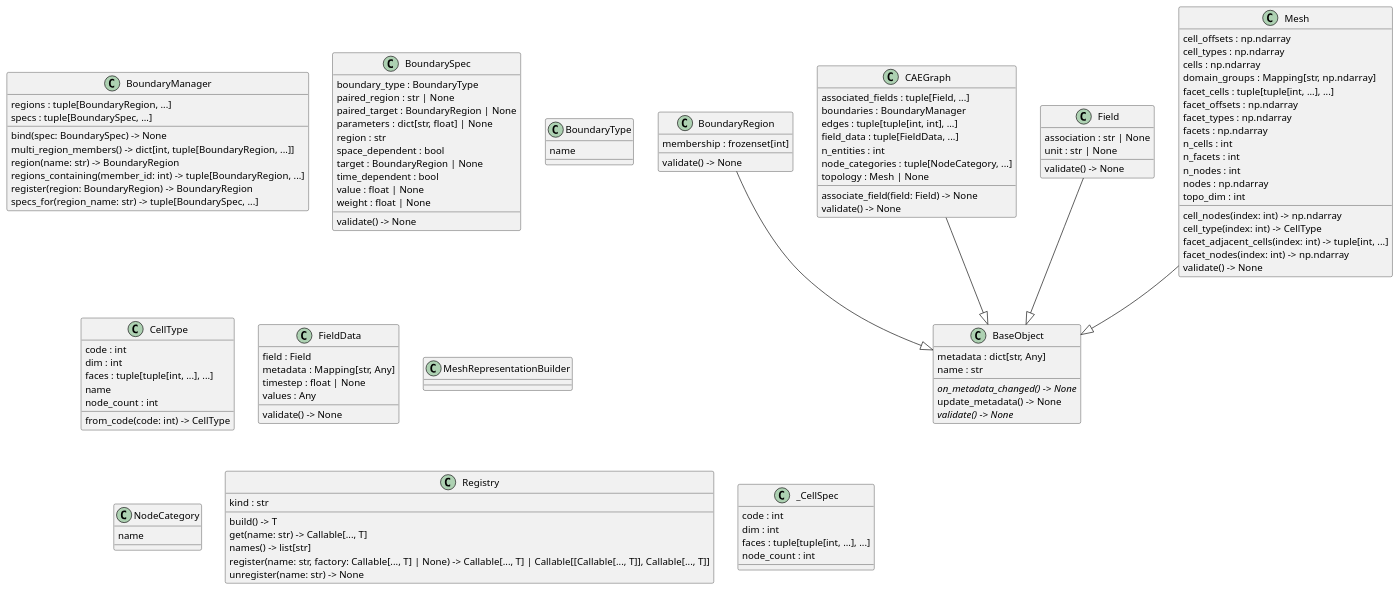
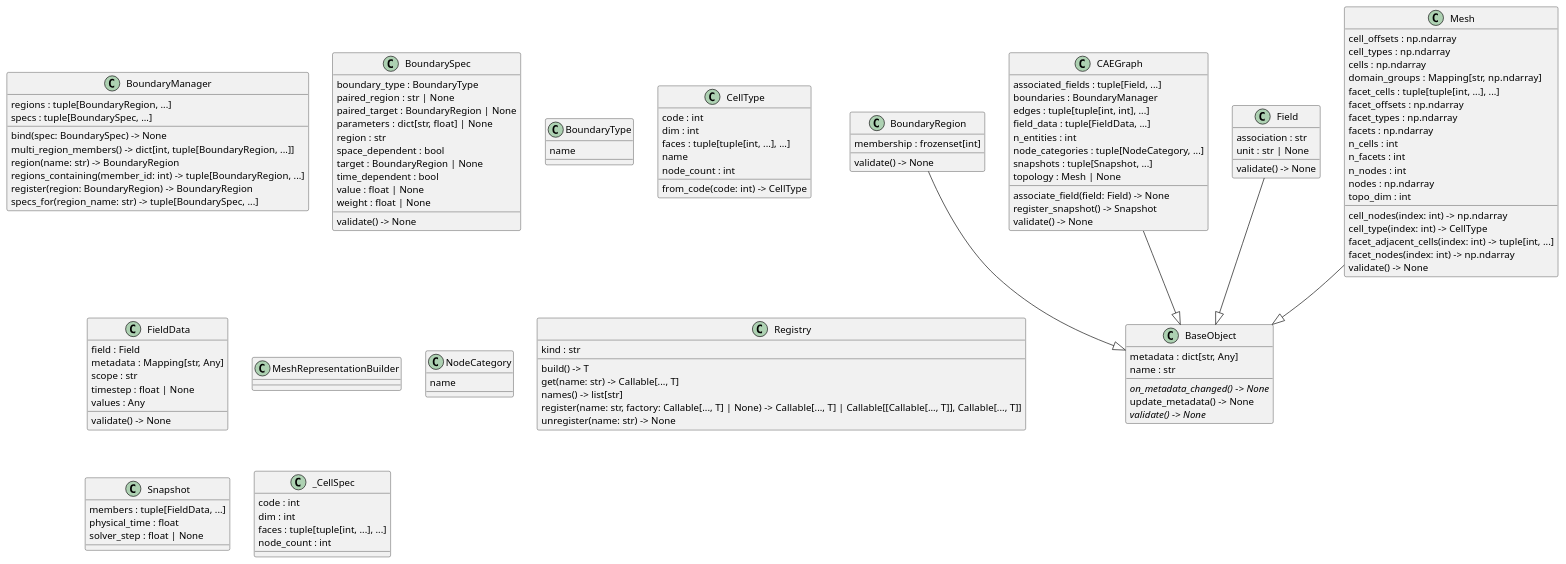
One commit to XYChouMian/caegraph changed the diagram in diagrams/generated/classes_caegraph.puml. Above: the diagram before and after it, drawn with PlantUML. The commit also changed 1 other file, not shown here.

Commit message:
docs(uml): regenerate the generated uml for the temporal representation

```diff
--- a/diagrams/generated/classes_caegraph.puml
+++ b/diagrams/generated/classes_caegraph.puml
@@ -1,114 +1,122 @@
 @startuml classes_caegraph
 set namespaceSeparator none
 class "BaseObject" as caegraph.core.base.BaseObject {
   metadata : dict[str, Any]
   name : str
   {abstract}on_metadata_changed() -> None
   update_metadata() -> None
   {abstract}validate() -> None
 }
 class "BoundaryManager" as caegraph.core.boundary.manager.BoundaryManager {
   regions : tuple[BoundaryRegion, ...]
   specs : tuple[BoundarySpec, ...]
   bind(spec: BoundarySpec) -> None
   multi_region_members() -> dict[int, tuple[BoundaryRegion, ...]]
   region(name: str) -> BoundaryRegion
   regions_containing(member_id: int) -> tuple[BoundaryRegion, ...]
   register(region: BoundaryRegion) -> BoundaryRegion
   specs_for(region_name: str) -> tuple[BoundarySpec, ...]
 }
 class "BoundaryRegion" as caegraph.core.boundary.region.BoundaryRegion {
   membership : frozenset[int]
   validate() -> None
 }
 class "BoundarySpec" as caegraph.core.boundary.spec.BoundarySpec {
   boundary_type : BoundaryType
   paired_region : str | None
   paired_target : BoundaryRegion | None
   parameters : dict[str, float] | None
   region : str
   space_dependent : bool
   target : BoundaryRegion | None
   time_dependent : bool
   value : float | None
   weight : float | None
   validate() -> None
 }
 class "BoundaryType" as caegraph.core.enums.BoundaryType {
   name
 }
 class "CAEGraph" as caegraph.core.caegraph.CAEGraph {
   associated_fields : tuple[Field, ...]
   boundaries : BoundaryManager
   edges : tuple[tuple[int, int], ...]
   field_data : tuple[FieldData, ...]
   n_entities : int
   node_categories : tuple[NodeCategory, ...]
+  snapshots : tuple[Snapshot, ...]
   topology : Mesh | None
   associate_field(field: Field) -> None
+  register_snapshot() -> Snapshot
   validate() -> None
 }
 class "CellType" as caegraph.core.topology.celltype.CellType {
   code : int
   dim : int
   faces : tuple[tuple[int, ...], ...]
   name
   node_count : int
   from_code(code: int) -> CellType
 }
 class "Field" as caegraph.core.field.Field {
-  association : str | None
+  association : str
   unit : str | None
   validate() -> None
 }
 class "FieldData" as caegraph.core.field.FieldData {
   field : Field
   metadata : Mapping[str, Any]
+  scope : str
   timestep : float | None
   values : Any
   validate() -> None
 }
 class "Mesh" as caegraph.core.topology.mesh.Mesh {
   cell_offsets : np.ndarray
   cell_types : np.ndarray
   cells : np.ndarray
   domain_groups : Mapping[str, np.ndarray]
   facet_cells : tuple[tuple[int, ...], ...]
   facet_offsets : np.ndarray
   facet_types : np.ndarray
   facets : np.ndarray
   n_cells : int
   n_facets : int
   n_nodes : int
   nodes : np.ndarray
   topo_dim : int
   cell_nodes(index: int) -> np.ndarray
   cell_type(index: int) -> CellType
   facet_adjacent_cells(index: int) -> tuple[int, ...]
   facet_nodes(index: int) -> np.ndarray
   validate() -> None
 }
 class "MeshRepresentationBuilder" as caegraph.graph.builder.MeshRepresentationBuilder {
 }
 class "NodeCategory" as caegraph.core.enums.NodeCategory {
   name
 }
 class "Registry" as caegraph.core.registry.Registry {
   kind : str
   build() -> T
   get(name: str) -> Callable[..., T]
   names() -> list[str]
   register(name: str, factory: Callable[..., T] | None) -> Callable[..., T] | Callable[[Callable[..., T]], Callable[..., T]]
   unregister(name: str) -> None
 }
+class "Snapshot" as caegraph.core.temporal.Snapshot {
+  members : tuple[FieldData, ...]
+  physical_time : float
+  solver_step : float | None
+}
 class "_CellSpec" as caegraph.core.topology.celltype._CellSpec {
   code : int
   dim : int
   faces : tuple[tuple[int, ...], ...]
   node_count : int
 }
 caegraph.core.boundary.region.BoundaryRegion --|> caegraph.core.base.BaseObject
 caegraph.core.caegraph.CAEGraph --|> caegraph.core.base.BaseObject
 caegraph.core.field.Field --|> caegraph.core.base.BaseObject
 caegraph.core.topology.mesh.Mesh --|> caegraph.core.base.BaseObject
 @enduml
```
